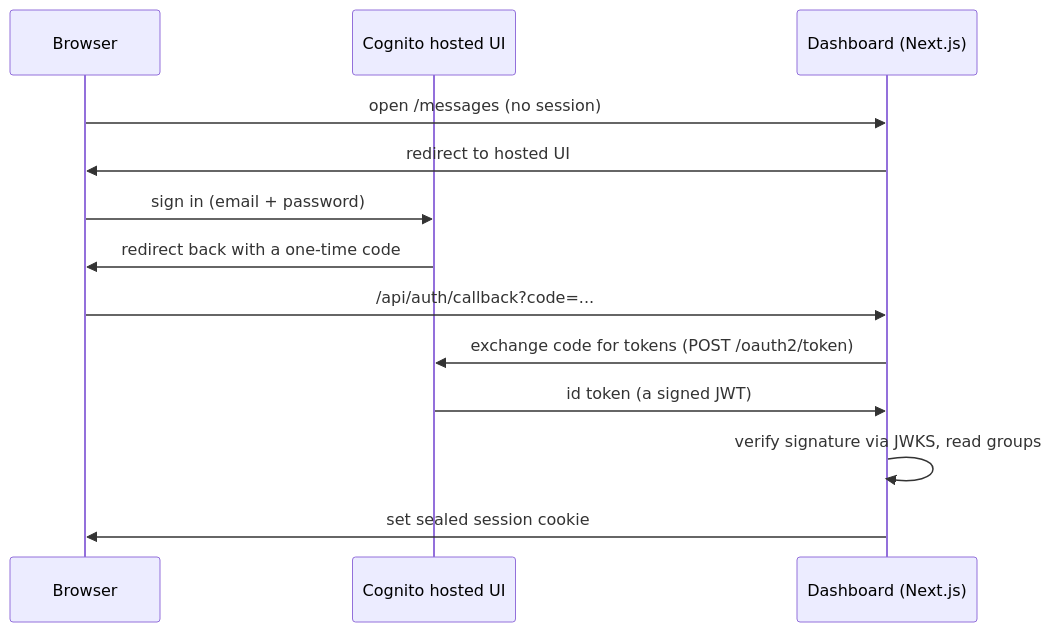
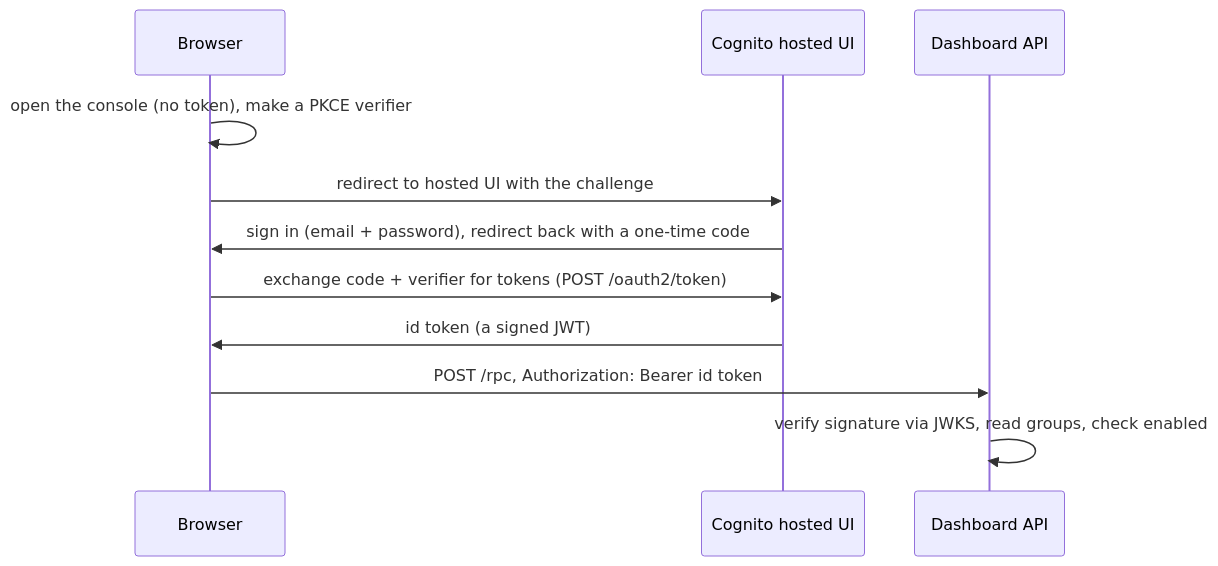
The eighth of 11 diagrams in docs/telegator.md (alitskevich/telegator), drawn with Mermaid before and after one commit. The commit also changed other lines of this file and 331 other files, not shown here.

First line of the commit message:
feat: Arrmatura console on Firebase Hosting, dashboard API on API Gateway

````diff
--- a/docs/telegator.md
+++ b/docs/telegator.md
@@ -1309,15 +1297,13 @@
 ```mermaid
 sequenceDiagram
   participant B as Browser
   participant H as Cognito hosted UI
-  participant A as Dashboard (Next.js)
-  B->>A: open /messages (no session)
-  A->>B: redirect to hosted UI
-  B->>H: sign in (email + password)
-  H->>B: redirect back with a one-time code
-  B->>A: /api/auth/callback?code=...
-  A->>H: exchange code for tokens (POST /oauth2/token)
-  H->>A: id token (a signed JWT)
-  A->>A: verify signature via JWKS, read groups
-  A->>B: set sealed session cookie
+  participant A as Dashboard API
+  B->>B: open the console (no token), make a PKCE verifier
+  B->>H: redirect to hosted UI with the challenge
+  H->>B: sign in (email + password), redirect back with a one-time code
+  B->>H: exchange code + verifier for tokens (POST /oauth2/token)
+  H->>B: id token (a signed JWT)
+  B->>A: POST /rpc, Authorization: Bearer id token
+  A->>A: verify signature via JWKS, read groups, check enabled
 ```
````
